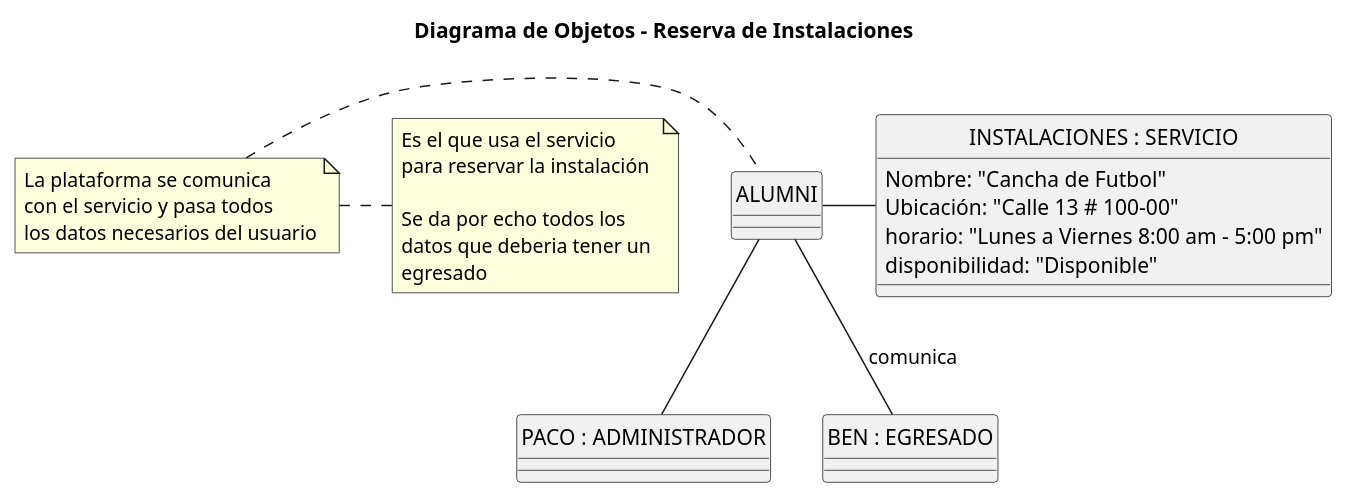
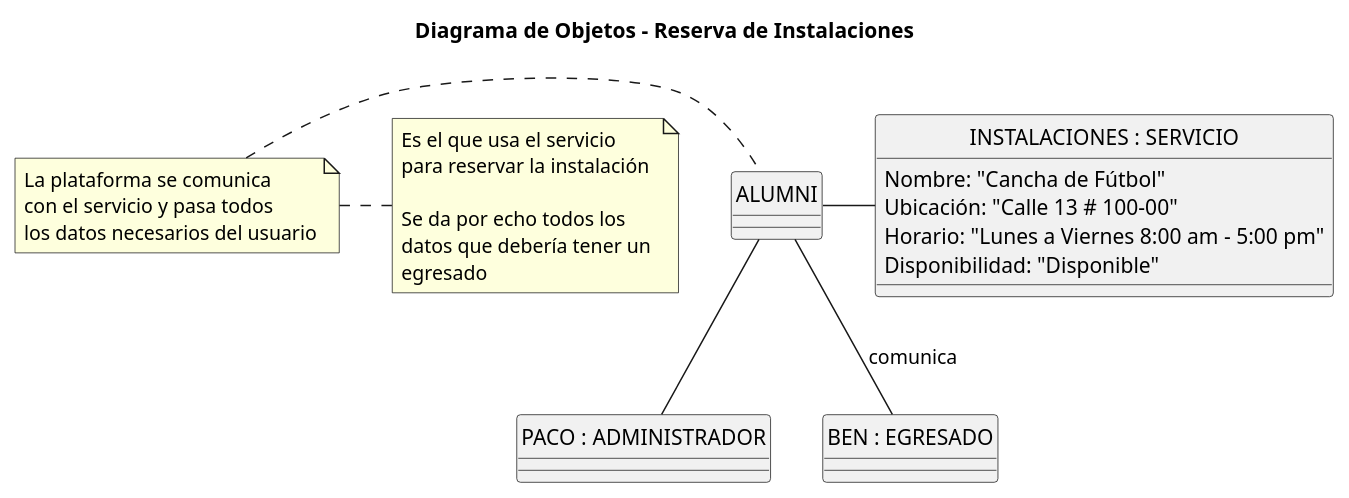
The diagram in Modelo_de_Dominio/Diagramas_de_Objetos/Tercera_Iteración/Diagrama_de_Objetos-Servicio_Externo.puml (mmasias/23-24-IdSw1-SDR), drawn with PlantUML before and after one commit. The commit also changed 25 other files, not shown here.

```diff
--- a/Modelo_de_Dominio/Diagramas_de_Objetos/Tercera_Iteración/Diagrama_de_Objetos-Servicio_Externo.puml
+++ b/Modelo_de_Dominio/Diagramas_de_Objetos/Tercera_Iteración/Diagrama_de_Objetos-Servicio_Externo.puml
@@ -1,31 +1,30 @@
 @startuml Diagrama_de_Objetos-Servicio_Externo
 title Diagrama de Objetos - Reserva de Instalaciones
 
-'!theme amiga
 skinparam backgroundColor white
 skinparam defaultFontName Arial
 hide circle
 
 class "INSTALACIONES : SERVICIO"  
 {
-    Nombre: "Cancha de Futbol"
+    Nombre: "Cancha de Fútbol"
     Ubicación: "Calle 13 # 100-00"
-    horario: "Lunes a Viernes 8:00 am - 5:00 pm"
-    disponibilidad: "Disponible"
+    Horario: "Lunes a Viernes 8:00 am - 5:00 pm"
+    Disponibilidad: "Disponible"
 }
 
 class "PACO : ADMINISTRADOR" 
 {
     
 }
 class "BEN : EGRESADO"
 {
     
 }
 
 "INSTALACIONES : SERVICIO" -left- "ALUMNI"
 note left: La plataforma se comunica \ncon el servicio y pasa todos \nlos datos necesarios del usuario
 "ALUMNI" -- "PACO : ADMINISTRADOR"
 "ALUMNI" -- "BEN : EGRESADO" : comunica
-note right: Es el que usa el servicio\npara reservar la instalación \n\nSe da por echo todos los \ndatos que deberia tener un \negresado  
+note right: Es el que usa el servicio\npara reservar la instalación \n\nSe da por echo todos los \ndatos que debería tener un \negresado  
 @enduml
```
